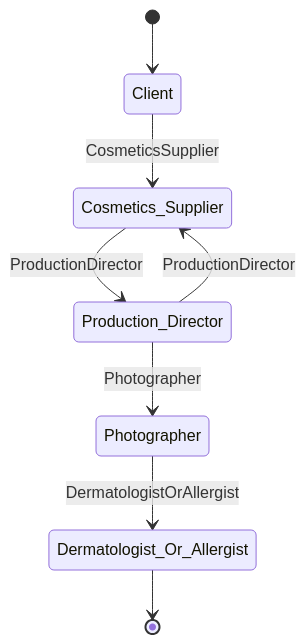
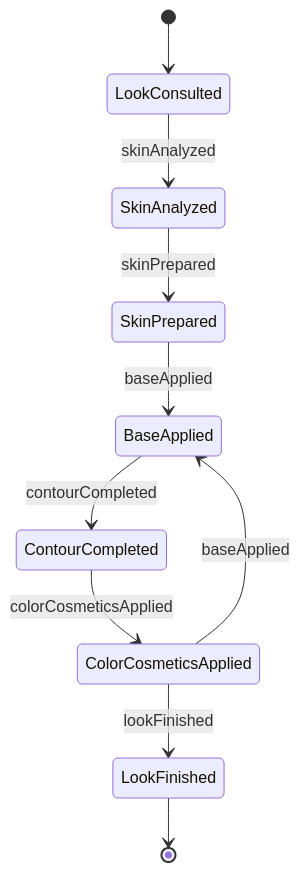
The second of 4 diagrams in HandlingAndMovingObjects/ApplyHygienicOrCosmeticAgentsToSkinOrHair/ApplyMakeupAlterEnhanceAppearance.mdx (dot-org-ai/tasks.org.ai), drawn with Mermaid before and after one commit. The commit also changed other lines of this file and 40 other files, not shown here.

First line of the commit message:
fix: Replace Actor-based ER and State diagrams with Entity/Event-based diagrams in 41 HandlingAndMovingObjects DWA files

````diff
--- a/HandlingAndMovingObjects/ApplyHygienicOrCosmeticAgentsToSkinOrHair/ApplyMakeupAlterEnhanceAppearance.mdx
+++ b/HandlingAndMovingObjects/ApplyHygienicOrCosmeticAgentsToSkinOrHair/ApplyMakeupAlterEnhanceAppearance.mdx
@@ -101,10 +100,12 @@
 ```mermaid
 stateDiagram-v2
-    [*] --> Client
-    Client --> Cosmetics_Supplier: CosmeticsSupplier
-    Cosmetics_Supplier --> Production_Director: ProductionDirector
-    Production_Director --> Photographer: Photographer
-    Photographer --> Dermatologist_Or_Allergist: DermatologistOrAllergist
-    Production_Director --> Cosmetics_Supplier: ProductionDirector
-    Dermatologist_Or_Allergist --> [*]
+    [*] --> LookConsulted
+    LookConsulted --> SkinAnalyzed : skinAnalyzed
+    SkinAnalyzed --> SkinPrepared : skinPrepared
+    SkinPrepared --> BaseApplied : baseApplied
+    BaseApplied --> ContourCompleted : contourCompleted
+    ContourCompleted --> ColorCosmeticsApplied : colorCosmeticsApplied
+    ColorCosmeticsApplied --> LookFinished : lookFinished
+    ColorCosmeticsApplied --> BaseApplied : baseApplied
+    LookFinished --> [*]
 ```
````
